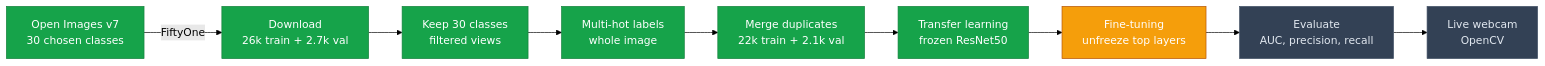
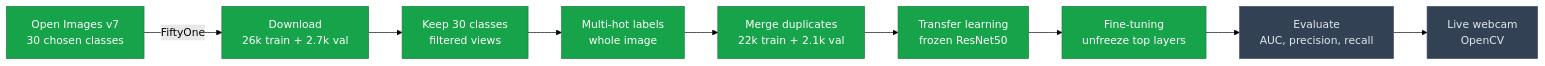
One commit to python-is-life2022/image-classification-resnet-finetuning changed the diagram in README.md. Above: the diagram before and after it, drawn with Mermaid (forest theme). The commit also changed other lines of this file, not shown here.

````diff
--- a/README.md
+++ b/README.md
@@ -37,18 +37,19 @@
 ```mermaid
 flowchart LR
     A["Open Images v7<br/>30 chosen classes"] -->|FiftyOne| B["Download<br/>26k train + 2.7k val"]
     B --> C["Keep 30 classes<br/>filtered views"]
     C --> D["Multi-hot labels<br/>whole image"]
     D --> E["Merge duplicates<br/>22k train + 2.1k val"]
     E --> F["Transfer learning<br/>frozen ResNet50"]
     F --> G["Fine-tuning<br/>unfreeze top layers"]
     G --> H["Evaluate<br/>AUC, precision, recall"]
     H --> I["Live webcam<br/>OpenCV"]
 
     classDef done fill:#16a34a,stroke:#15803d,color:#fff;
     classDef wip fill:#f59e0b,stroke:#b45309,color:#fff;
     classDef todo fill:#334155,stroke:#475569,color:#e2e8f0;
     class A,B,C,D,E,F done;
-    class G wip;
-    class H,I todo;
+    class G done;
+    class H todo;
+    class I todo;
 ```
````
